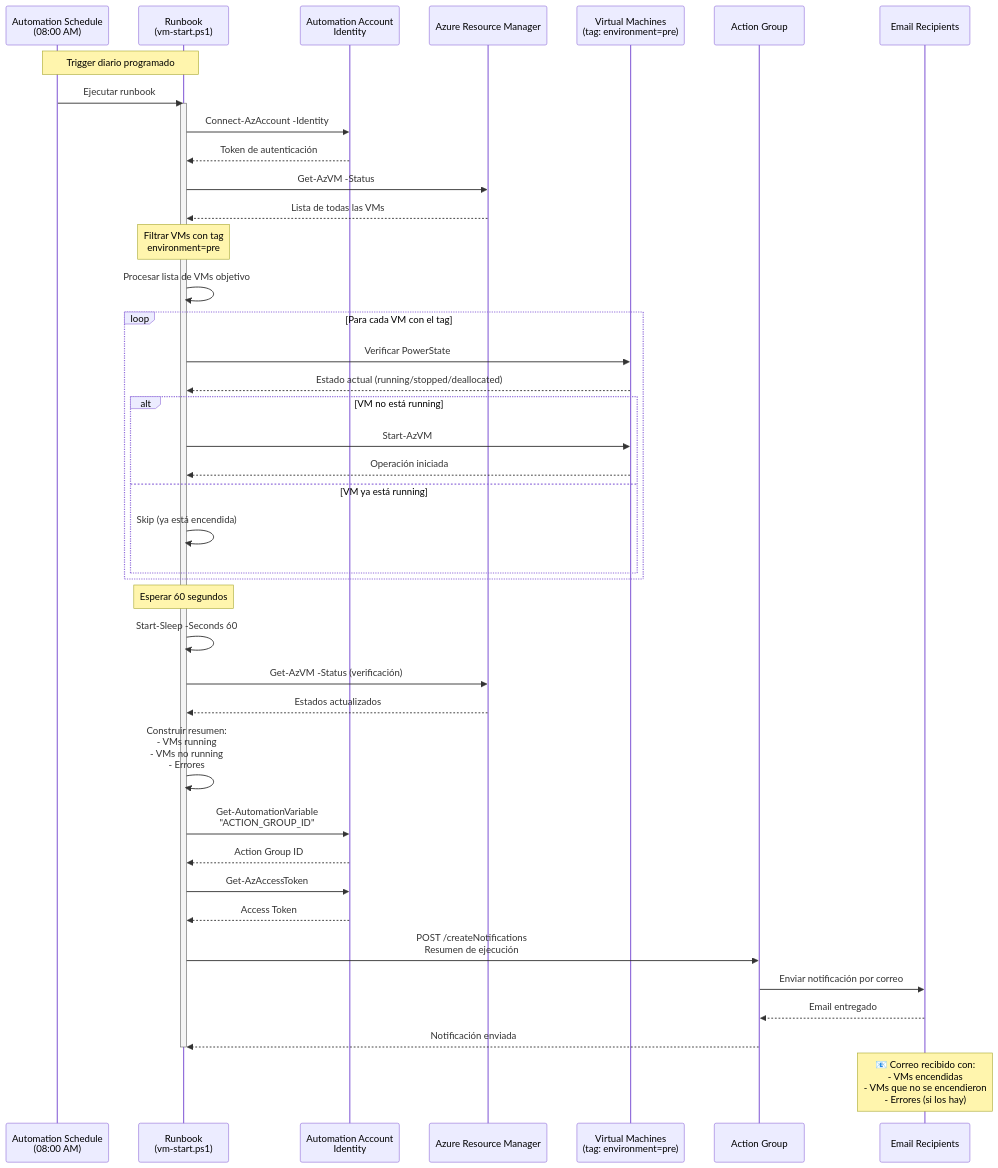
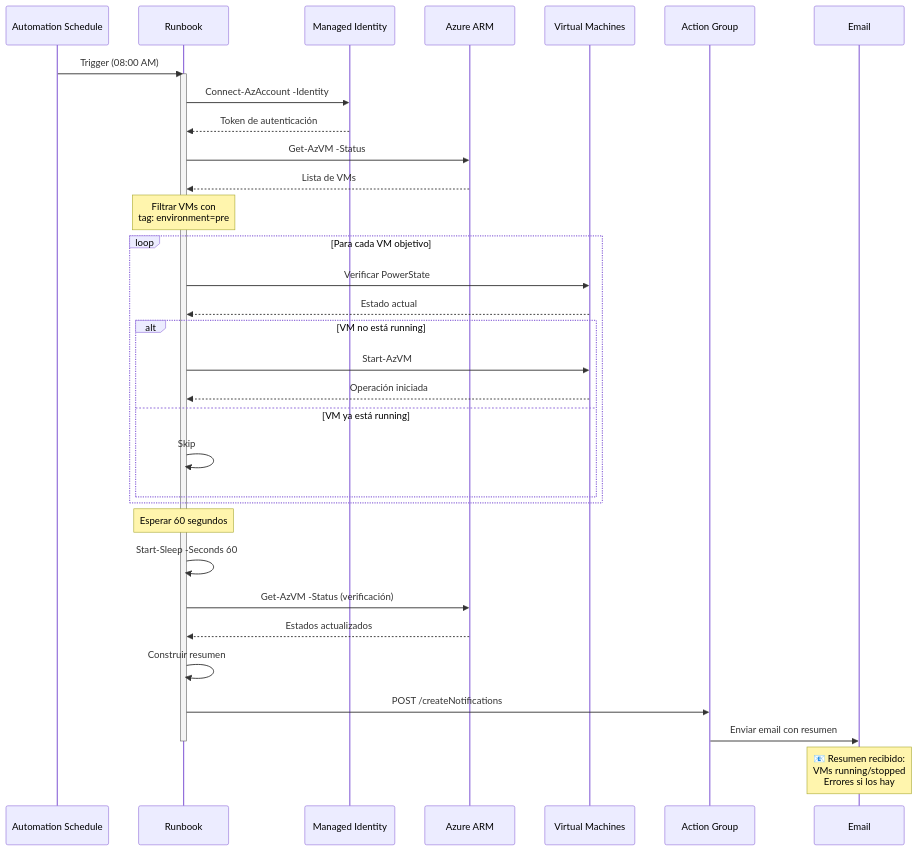
Before and after one commit to luisadanmunoz/start-stop-VM-alarm: the second of 2 diagrams in README.md, drawn with Mermaid. The commit also changed other lines of this file, not shown here.

````diff
--- a/README.md
+++ b/README.md
@@ -132,60 +131,47 @@
 ```mermaid
 sequenceDiagram
-    participant SCH as Automation Schedule<br/>(08:00 AM)
-    participant RB as Runbook<br/>(vm-start.ps1)
-    participant AAI as Automation Account<br/>Identity
-    participant AZURE as Azure Resource Manager
-    participant VM as Virtual Machines<br/>(tag: environment=pre)
+    participant SCH as Automation Schedule
+    participant RB as Runbook
+    participant AAI as Managed Identity
+    participant AZURE as Azure ARM
+    participant VM as Virtual Machines
     participant AG as Action Group
-    participant EMAIL as Email Recipients
+    participant EMAIL as Email
 
-    Note over SCH,RB: Trigger diario programado
-    SCH->>RB: Ejecutar runbook
-    
+    SCH->>RB: Trigger (08:00 AM)
     activate RB
     RB->>AAI: Connect-AzAccount -Identity
     AAI-->>RB: Token de autenticación
     
     RB->>AZURE: Get-AzVM -Status
-    AZURE-->>RB: Lista de todas las VMs
+    AZURE-->>RB: Lista de VMs
     
-    Note over RB: Filtrar VMs con tag<br/>environment=pre
+    Note over RB: Filtrar VMs con<br/>tag: environment=pre
     
-    RB->>RB: Procesar lista de VMs objetivo
-    
-    loop Para cada VM con el tag
+    loop Para cada VM objetivo
         RB->>VM: Verificar PowerState
-        VM-->>RB: Estado actual (running/stopped/deallocated)
+        VM-->>RB: Estado actual
         
         alt VM no está running
             RB->>VM: Start-AzVM
             VM-->>RB: Operación iniciada
         else VM ya está running
-            RB->>RB: Skip (ya está encendida)
+            RB->>RB: Skip
         end
     end
     
     Note over RB: Esperar 60 segundos
     RB->>RB: Start-Sleep -Seconds 60
     
     RB->>AZURE: Get-AzVM -Status (verificación)
     AZURE-->>RB: Estados actualizados
     
-    RB->>RB: Construir resumen:<br/>- VMs running<br/>- VMs no running<br/>- Errores
+    RB->>RB: Construir resumen
     
-    RB->>AAI: Get-AutomationVariable<br/>"ACTION_GROUP_ID"
-    AAI-->>RB: Action Group ID
-    
-    RB->>AAI: Get-AzAccessToken
-    AAI-->>RB: Access Token
-    
-    RB->>AG: POST /createNotifications<br/>Resumen de ejecución
-    AG->>EMAIL: Enviar notificación por correo
-    
-    EMAIL-->>AG: Email entregado
-    AG-->>RB: Notificación enviada
+    RB->>AG: POST /createNotifications
+    AG->>EMAIL: Enviar email con resumen
     
     deactivate RB
     
-    Note over EMAIL: 📧 Correo recibido con:<br/>- VMs encendidas<br/>- VMs que no se encendieron<br/>- Errores (si los hay)
+    Note over EMAIL: 📧 Resumen recibido:<br/>VMs running/stopped<br/>Errores si los hay
 ```
````
